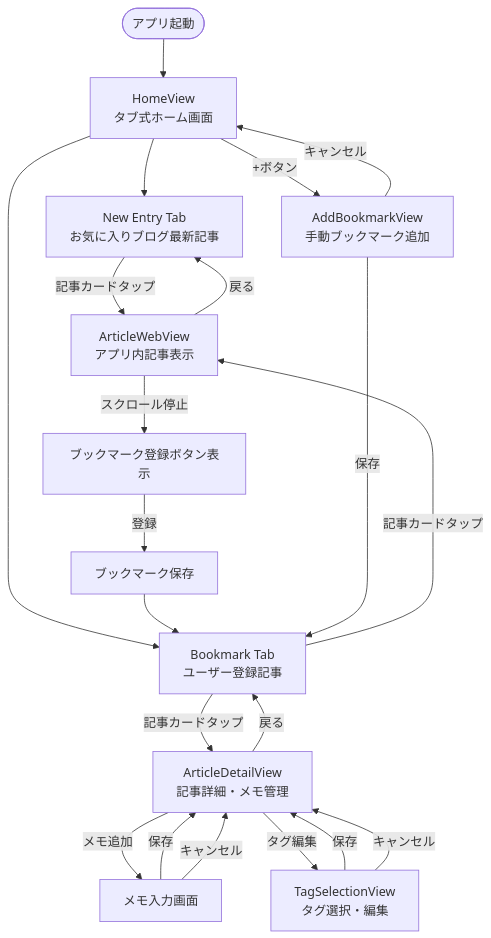
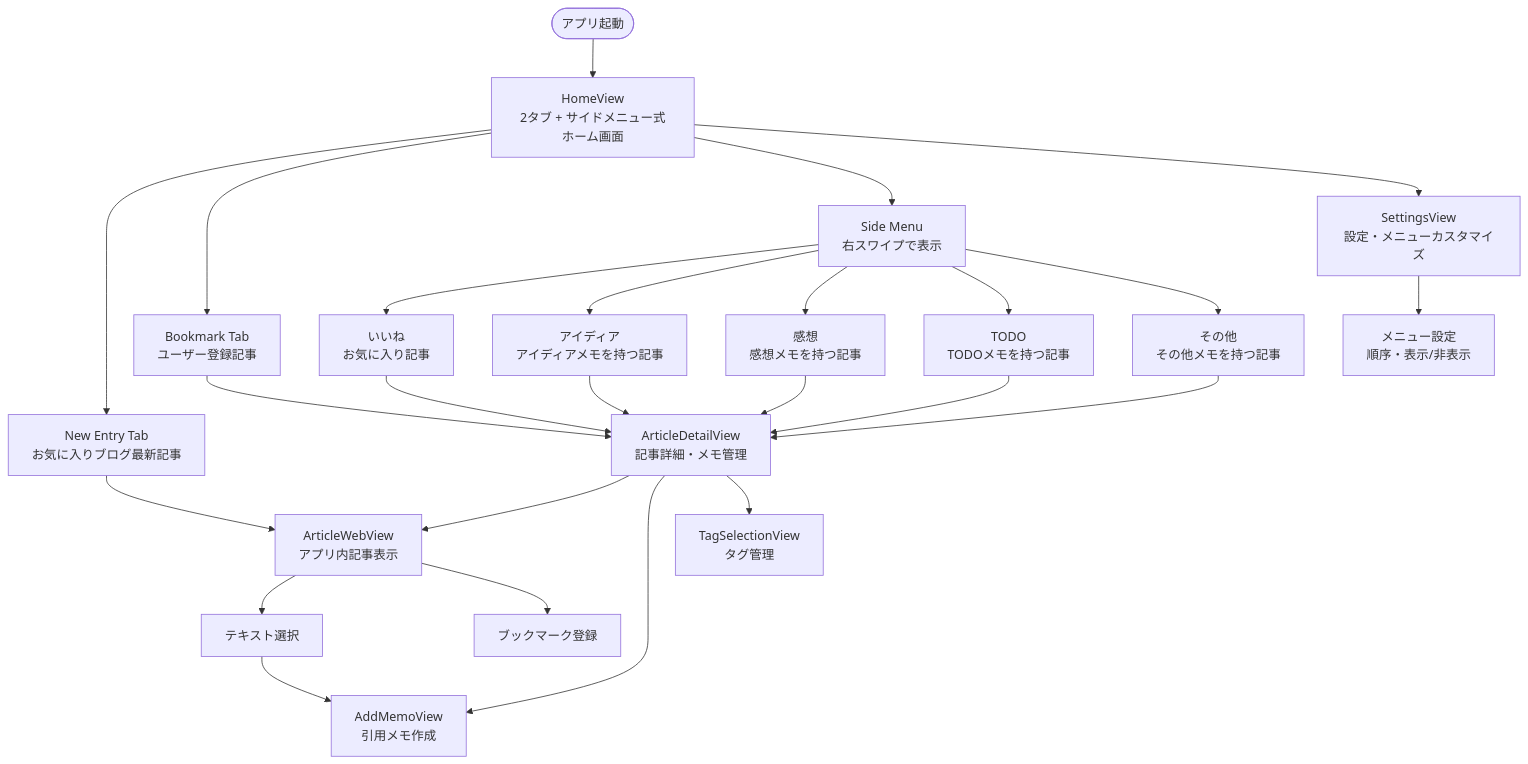
One commit to miyakawa2449/KiroBookmark changed the diagram in .kiro/specs/bookmark-manager/usecase.md. Above: the diagram before and after it, drawn with Mermaid. The commit also changed other lines of this file and 22 other files, not shown here.

````diff
--- a/.kiro/specs/bookmark-manager/usecase.md
+++ b/.kiro/specs/bookmark-manager/usecase.md
@@ -411,30 +377,33 @@
 ```mermaid
 graph TB
-    Start([アプリ起動]) --> Home[HomeView<br/>タブ式ホーム画面]
+    Start([アプリ起動]) --> Home[HomeView<br/>2タブ + サイドメニュー式ホーム画面]
     
     Home --> NewEntry[New Entry Tab<br/>お気に入りブログ最新記事]
     Home --> Bookmark[Bookmark Tab<br/>ユーザー登録記事]
+    Home --> SideMenu[Side Menu<br/>右スワイプで表示]
     
-    NewEntry --> |記事カードタップ| WebView[ArticleWebView<br/>アプリ内記事表示]
-    Bookmark --> |記事カードタップ| Detail[ArticleDetailView<br/>記事詳細・メモ管理]
-    Bookmark --> |記事カードタップ| WebView
+    SideMenu --> Favorite[いいね<br/>お気に入り記事]
+    SideMenu --> Idea[アイディア<br/>アイディアメモを持つ記事]
+    SideMenu --> Thought[感想<br/>感想メモを持つ記事]
+    SideMenu --> Todo[TODO<br/>TODOメモを持つ記事]
+    SideMenu --> Other[その他<br/>その他メモを持つ記事]
     
-    WebView --> |スクロール停止| BookmarkBtn[ブックマーク登録ボタン表示]
-    BookmarkBtn --> |登録| BookmarkSave[ブックマーク保存]
-    BookmarkSave --> Bookmark
+    NewEntry --> WebView[ArticleWebView<br/>アプリ内記事表示]
+    Bookmark --> Detail[ArticleDetailView<br/>記事詳細・メモ管理]
+    Favorite --> Detail
+    Idea --> Detail
+    Thought --> Detail
+    Todo --> Detail
+    Other --> Detail
     
-    Detail --> |メモ追加| MemoAdd[メモ入力画面]
-    MemoAdd --> |保存| Detail
+    WebView --> TextSelect[テキスト選択]
+    WebView --> BookmarkAdd[ブックマーク登録]
+    TextSelect --> AddMemo[AddMemoView<br/>引用メモ作成]
     
-    Detail --> |タグ編集| TagSelect[TagSelectionView<br/>タグ選択・編集]
-    TagSelect --> |保存| Detail
+    Detail --> WebView
+    Detail --> AddMemo
+    Detail --> TagSelect[TagSelectionView<br/>タグ管理]
     
-    Home --> |+ボタン| AddBookmark[AddBookmarkView<br/>手動ブックマーク追加]
-    AddBookmark --> |保存| Bookmark
-    
-    WebView --> |戻る| NewEntry
-    Detail --> |戻る| Bookmark
-    TagSelect --> |キャンセル| Detail
-    MemoAdd --> |キャンセル| Detail
-    AddBookmark --> |キャンセル| Home
+    Home --> Settings[SettingsView<br/>設定・メニューカスタマイズ]
+    Settings --> MenuConfig[メニュー設定<br/>順序・表示/非表示]
 ```
````
